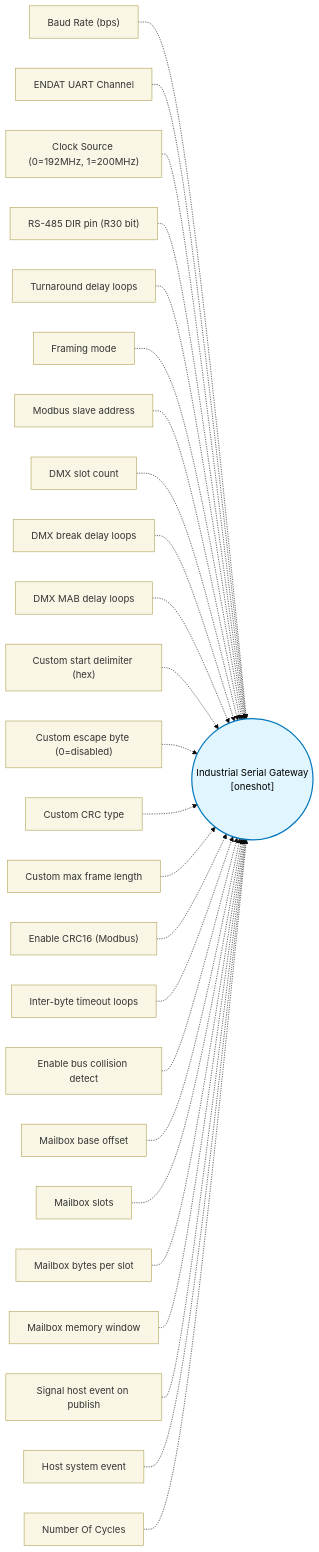
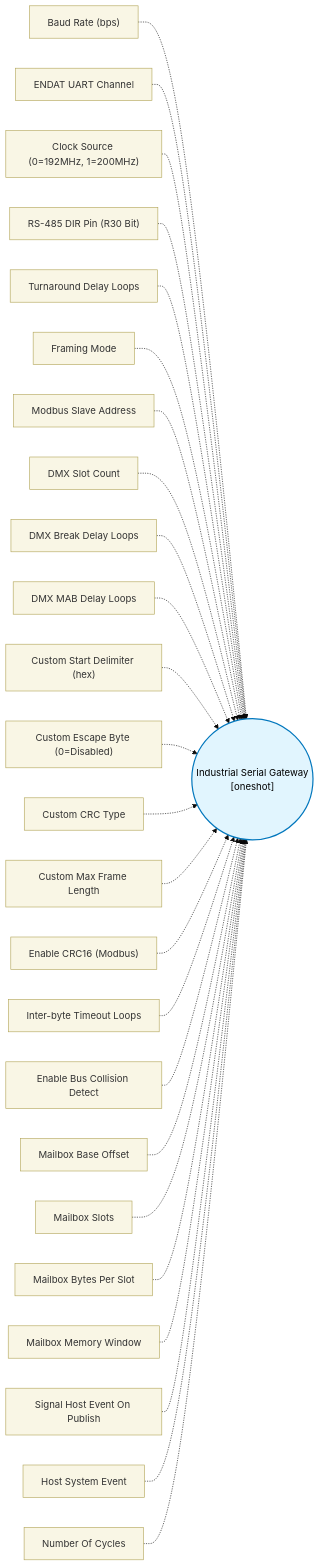
Before and after one commit to TexasInstruments/pru-no-code-tool: the diagram in docs/block-reference/blocks/industrial_serial_gateway_block/design.md, drawn with Mermaid (base theme). The commit also changed other lines of this file and 89 other files, not shown here.

````diff
--- a/docs/block-reference/blocks/industrial_serial_gateway_block/design.md
+++ b/docs/block-reference/blocks/industrial_serial_gateway_block/design.md
@@ -28,30 +28,30 @@
 ```mermaid
 flowchart LR
   classDef config fill:#f9f6e5,stroke:#b1a457,stroke-width:1px,color:#333;
   classDef core fill:#e1f5fe,stroke:#0277bd,stroke-width:2px,color:#000;
   CORE(("Industrial Serial Gateway\n[oneshot]")):::core
   CFG0["Baud Rate (bps)"]:::config -.-> CORE
   CFG1["ENDAT UART Channel"]:::config -.-> CORE
   CFG2["Clock Source (0=192MHz, 1=200MHz)"]:::config -.-> CORE
-  CFG3["RS-485 DIR pin (R30 bit)"]:::config -.-> CORE
-  CFG4["Turnaround delay loops"]:::config -.-> CORE
-  CFG5["Framing mode"]:::config -.-> CORE
-  CFG6["Modbus slave address"]:::config -.-> CORE
-  CFG7["DMX slot count"]:::config -.-> CORE
-  CFG8["DMX break delay loops"]:::config -.-> CORE
-  CFG9["DMX MAB delay loops"]:::config -.-> CORE
-  CFG10["Custom start delimiter (hex)"]:::config -.-> CORE
-  CFG11["Custom escape byte (0=disabled)"]:::config -.-> CORE
-  CFG12["Custom CRC type"]:::config -.-> CORE
-  CFG13["Custom max frame length"]:::config -.-> CORE
+  CFG3["RS-485 DIR Pin (R30 Bit)"]:::config -.-> CORE
+  CFG4["Turnaround Delay Loops"]:::config -.-> CORE
+  CFG5["Framing Mode"]:::config -.-> CORE
+  CFG6["Modbus Slave Address"]:::config -.-> CORE
+  CFG7["DMX Slot Count"]:::config -.-> CORE
+  CFG8["DMX Break Delay Loops"]:::config -.-> CORE
+  CFG9["DMX MAB Delay Loops"]:::config -.-> CORE
+  CFG10["Custom Start Delimiter (hex)"]:::config -.-> CORE
+  CFG11["Custom Escape Byte (0=Disabled)"]:::config -.-> CORE
+  CFG12["Custom CRC Type"]:::config -.-> CORE
+  CFG13["Custom Max Frame Length"]:::config -.-> CORE
   CFG14["Enable CRC16 (Modbus)"]:::config -.-> CORE
-  CFG15["Inter-byte timeout loops"]:::config -.-> CORE
-  CFG16["Enable bus collision detect"]:::config -.-> CORE
-  CFG17["Mailbox base offset"]:::config -.-> CORE
-  CFG18["Mailbox slots"]:::config -.-> CORE
-  CFG19["Mailbox bytes per slot"]:::config -.-> CORE
-  CFG20["Mailbox memory window"]:::config -.-> CORE
-  CFG21["Signal host event on publish"]:::config -.-> CORE
-  CFG22["Host system event"]:::config -.-> CORE
+  CFG15["Inter-byte Timeout Loops"]:::config -.-> CORE
+  CFG16["Enable Bus Collision Detect"]:::config -.-> CORE
+  CFG17["Mailbox Base Offset"]:::config -.-> CORE
+  CFG18["Mailbox Slots"]:::config -.-> CORE
+  CFG19["Mailbox Bytes Per Slot"]:::config -.-> CORE
+  CFG20["Mailbox Memory Window"]:::config -.-> CORE
+  CFG21["Signal Host Event On Publish"]:::config -.-> CORE
+  CFG22["Host System Event"]:::config -.-> CORE
   CFG23["Number Of Cycles"]:::config -.-> CORE
 ```
````
